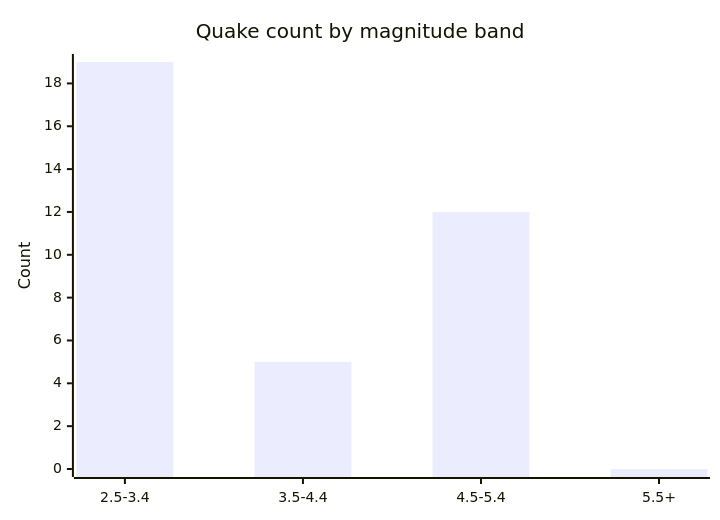
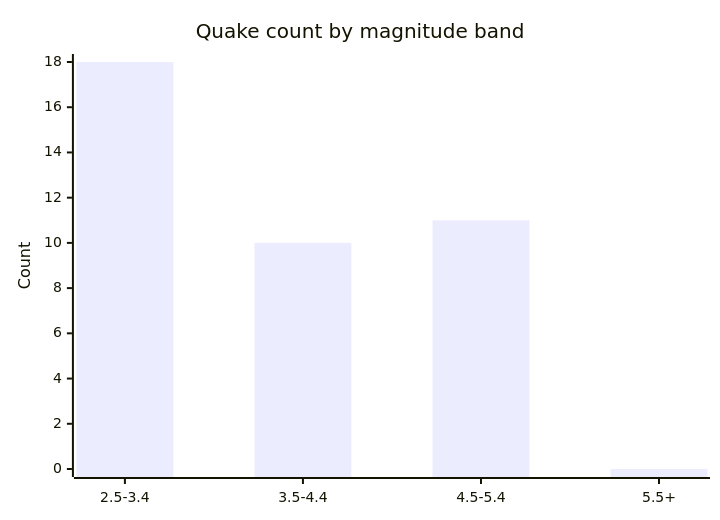
The fifth of 6 diagrams in docs/GRAPHS.md (Midwest-Stratospheric/aerostratospheric-defense-gir), drawn with Mermaid before and after one commit. The commit also changed other lines of this file and 23 other files, not shown here.

````diff
--- a/docs/GRAPHS.md
+++ b/docs/GRAPHS.md
@@ -82,7 +82,7 @@
 ```mermaid
 xychart-beta
   title "Quake count by magnitude band"
   x-axis ["2.5-3.4", "3.5-4.4", "4.5-5.4", "5.5+"]
-  y-axis "Count" 0 --> 19
-  bar [19, 5, 12, 0]
+  y-axis "Count" 0 --> 18
+  bar [18, 10, 11, 0]
 ```
````
